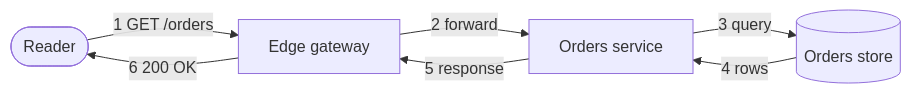
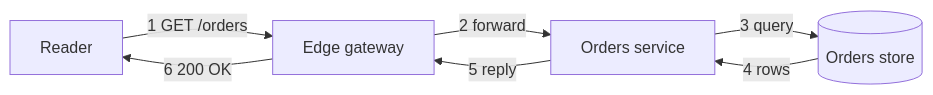
One commit to aditya11201/pstack changed the fourth of 4 diagrams in skills/learn-with-me/templates/lesson.md. Above: the diagram before and after it, drawn with Mermaid. The commit also changed other lines of this file and 19 other files, not shown here.

````diff
--- a/skills/learn-with-me/templates/lesson.md
+++ b/skills/learn-with-me/templates/lesson.md
@@ -123,9 +156,9 @@
 ```mermaid
 flowchart LR
-  client([Reader]) -->|1 GET /orders| gateway[Edge gateway]
+  client[Reader] -->|1 GET /orders| gateway[Edge gateway]
   gateway -->|2 forward| service[Orders service]
   service -->|3 query| db[(Orders store)]
   db -->|4 rows| service
-  service -->|5 response| gateway
+  service -->|5 reply| gateway
   gateway -->|6 200 OK| client
 ```
````
